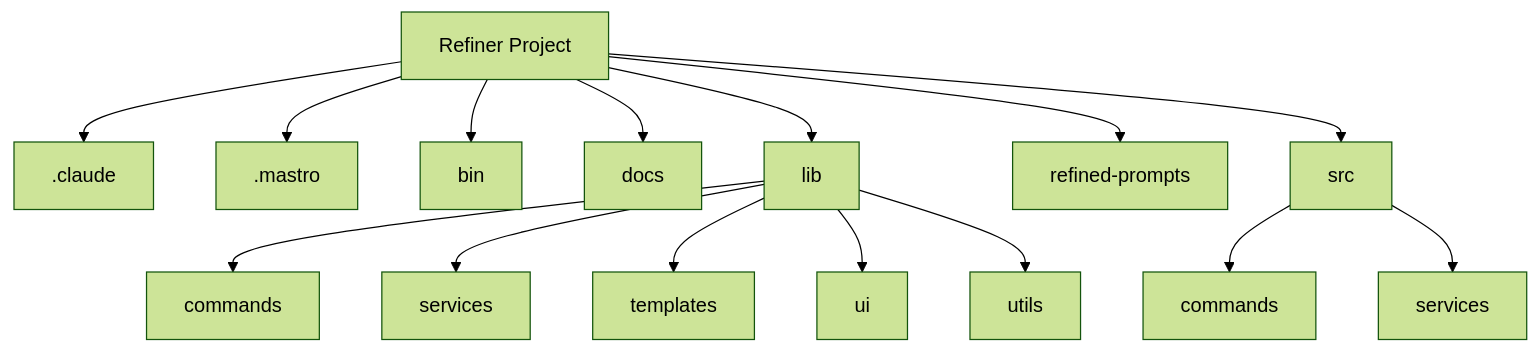
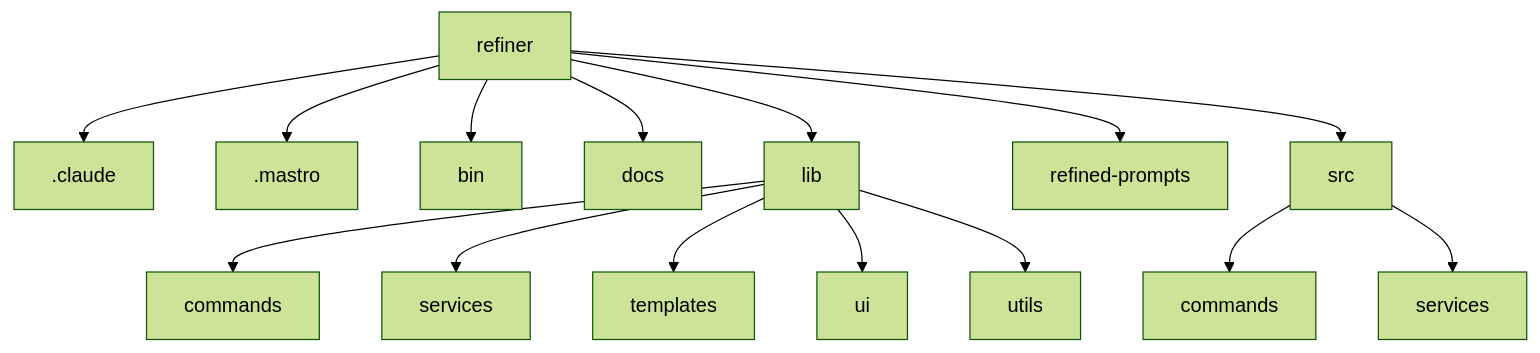
Before and after one commit to geogoesbeepboop/refiner: the third of 3 diagrams in docs/architecture.md, drawn with Mermaid (forest theme). The commit also changed other lines of this file and 6 other files, not shown here.

````diff
--- a/docs/architecture.md
+++ b/docs/architecture.md
@@ -142,17 +141,17 @@
 ```mermaid
 graph TD;
-    A[Refiner Project] --> B[.claude];
+    A[refiner] --> B[.claude];
     A --> C[.mastro];
     A --> D[bin];
     A --> E[docs];
     A --> F[lib];
     F --> G[commands];
     F --> H[services];
     F --> I[templates];
     F --> J[ui];
     F --> K[utils];
     A --> L[refined-prompts];
     A --> M[src];
     M --> N[commands];
     M --> O[services];
 ```
````
